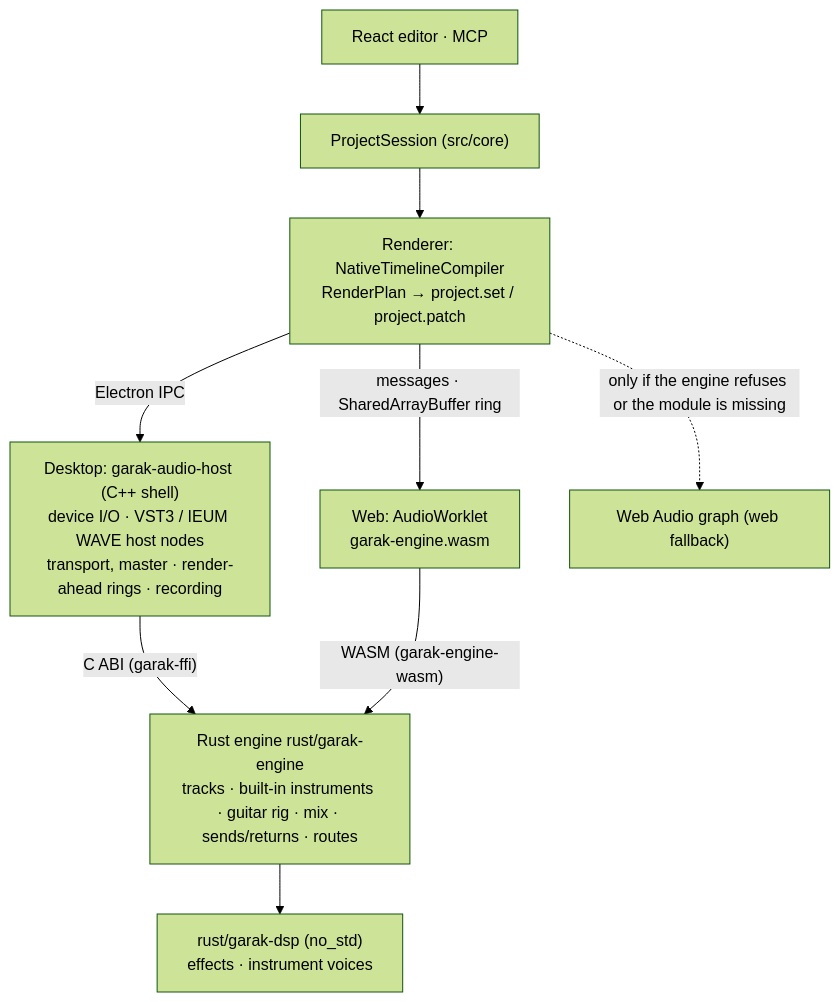
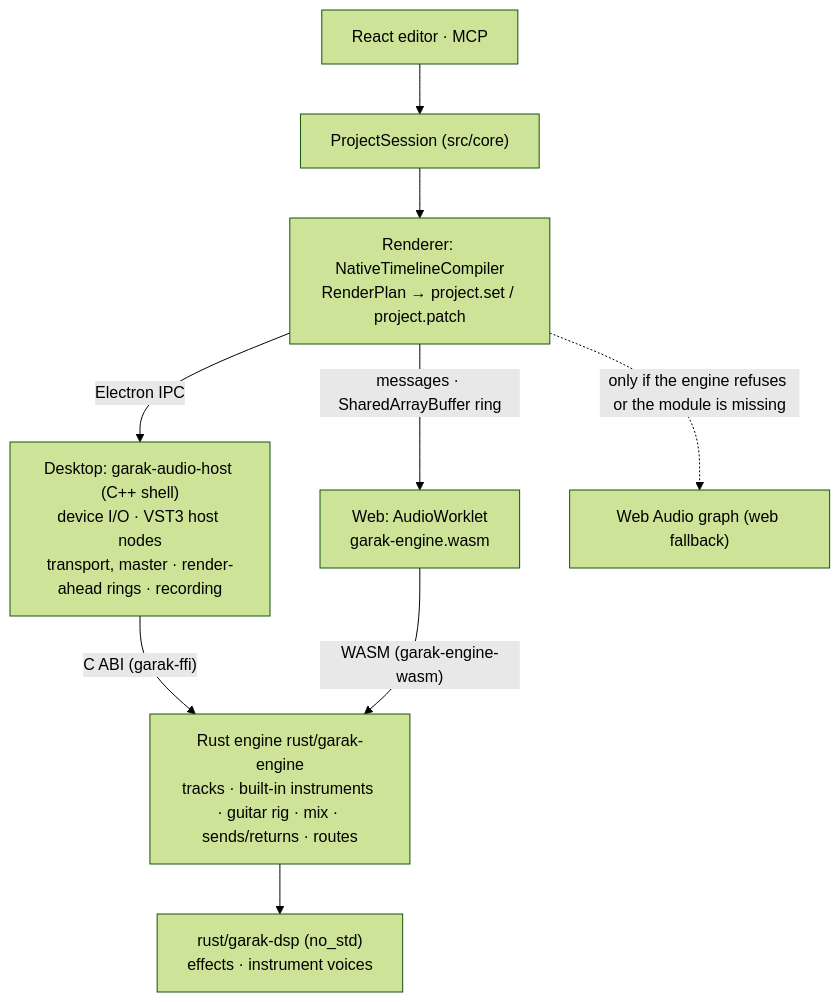
The diagram in README.en.md (songchez/garak-ieum), drawn with Mermaid (forest theme) before and after one commit. The commit also changed other lines of this file and 12 other files, not shown here.

First line of the commit message:
docs: IEUM WAVE renders only in the Rust engine (0.3.3)

````diff
--- a/README.en.md
+++ b/README.en.md
@@ -66,11 +66,11 @@
 ```mermaid
 flowchart TD
   UI["React editor · MCP"] --> S["ProjectSession (src/core)"]
   S --> C["Renderer: NativeTimelineCompiler<br/>RenderPlan → project.set / project.patch"]
-  C -->|"Electron IPC"| H["Desktop: garak-audio-host (C++ shell)<br/>device I/O · VST3 / IEUM WAVE host nodes<br/>transport, master · render-ahead rings · recording"]
+  C -->|"Electron IPC"| H["Desktop: garak-audio-host (C++ shell)<br/>device I/O · VST3 host nodes<br/>transport, master · render-ahead rings · recording"]
   C -->|"messages · SharedArrayBuffer ring"| W["Web: AudioWorklet<br/>garak-engine.wasm"]
   H -->|"C ABI (garak-ffi)"| E["Rust engine rust/garak-engine<br/>tracks · built-in instruments · guitar rig · mix · sends/returns · routes"]
   W -->|"WASM (garak-engine-wasm)"| E
   E --> D["rust/garak-dsp (no_std)<br/>effects · instrument voices"]
   C -.->|"only if the engine refuses or the module is missing"| F["Web Audio graph (web fallback)"]
 ```
````
